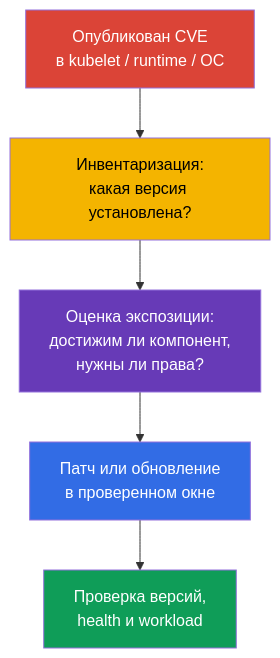
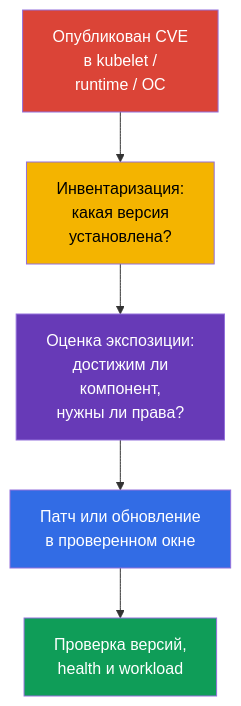
One commit to ViktorUJ/cks changed the first of 3 diagrams in tasks/cks/course/13/ru.md. Above: the diagram before and after it, drawn with Mermaid. The commit also changed other lines of this file and 38 other files, not shown here.

````diff
--- a/tasks/cks/course/13/ru.md
+++ b/tasks/cks/course/13/ru.md
@@ -27,12 +32,12 @@
 ```mermaid
 flowchart TB
-    cve["Опубликован CVE<br/>в kubelet / runtime / ОС"] --> inv["Инвентаризация:<br/>какая версия установлена?"]
-    inv --> risk["Оценка экспозиции:<br/>достижим ли компонент,<br/>нужны ли права?"]
+    cve["Опубликован CVE<br/>в kubelet /<br/>runtime / ОС"] --> inv["Инвентаризация:<br/>какая версия<br/>установлена?"]
+    inv --> risk["Оценка экспозиции:<br/>достижим ли<br/>компонент,<br/>нужны ли права?"]
     risk --> fix["Патч или обновление<br/>в проверенном окне"]
     fix --> verify["Проверка версий,<br/>health и workload"]
     style cve fill:#db4437,color:#fff
     style inv fill:#f4b400,color:#000
     style risk fill:#673ab7,color:#fff
     style fix fill:#326ce5,color:#fff
     style verify fill:#0f9d58,color:#fff
 ```
````
